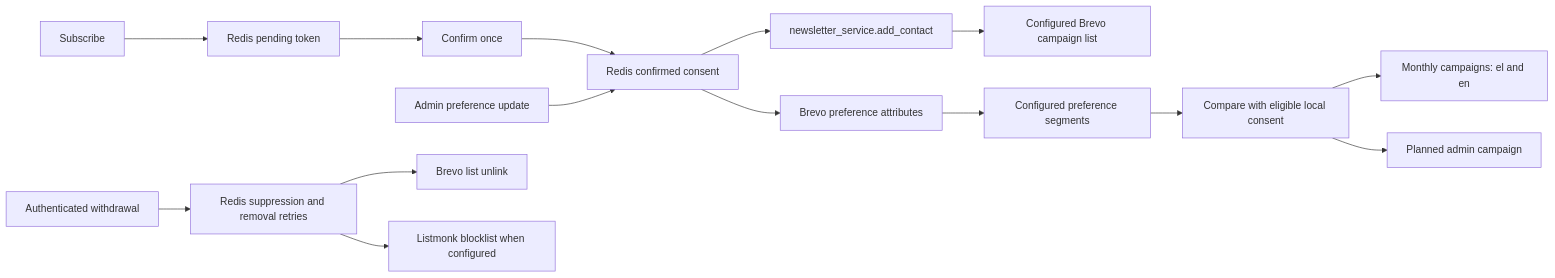
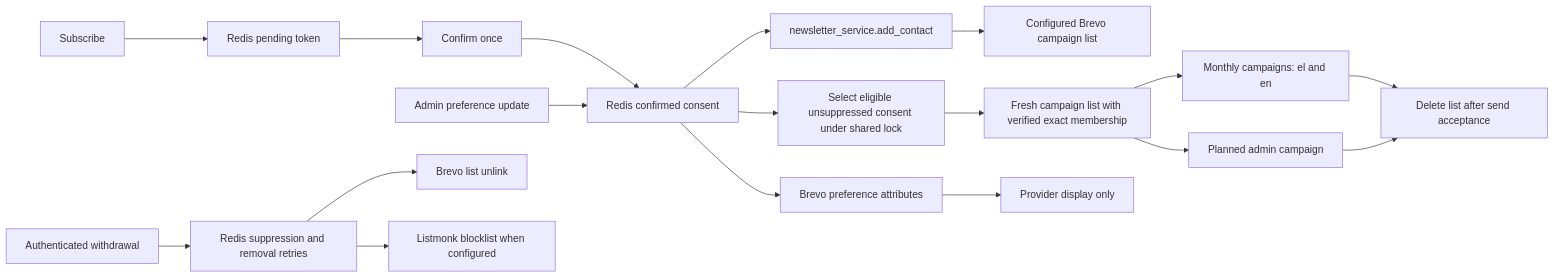
One commit to NeaBouli/pnyx changed the diagram in docs/operations/NEWSLETTER_SOURCE_OF_TRUTH.md. Above: the diagram before and after it, drawn with Mermaid. The commit also changed other lines of this file and 16 other files, not shown here.

Commit message:
fix(newsletter): send each campaign to a temporary list built from the consent store under the lock

````diff
--- a/docs/operations/NEWSLETTER_SOURCE_OF_TRUTH.md
+++ b/docs/operations/NEWSLETTER_SOURCE_OF_TRUTH.md
@@ -58,17 +58,20 @@
 ```mermaid
 flowchart LR
     Subscribe[Subscribe] --> Pending[Redis pending token]
     Pending --> Confirm[Confirm once]
     Confirm --> Consent[Redis confirmed consent]
     Consent --> Add[newsletter_service.add_contact]
     Add --> Brevo[Configured Brevo campaign list]
     Preferences[Admin preference update] --> Consent
     Consent --> Attributes[Brevo preference attributes]
-    Attributes --> Segments[Configured preference segments]
-    Segments --> Gate[Compare with eligible local consent]
-    Gate --> Monthly[Monthly campaigns: el and en]
-    Gate --> Admin[Planned admin campaign]
+    Consent --> Gate[Select eligible unsuppressed consent under shared lock]
+    Gate --> Temporary[Fresh campaign list with verified exact membership]
+    Temporary --> Monthly[Monthly campaigns: el and en]
+    Temporary --> Admin[Planned admin campaign]
+    Monthly --> Cleanup[Delete list after send acceptance]
+    Admin --> Cleanup
+    Attributes --> Display[Provider display only]
     Withdraw[Authenticated withdrawal] --> Suppression[Redis suppression and removal retries]
     Suppression --> Unlink[Brevo list unlink]
     Suppression --> Blocklist[Listmonk blocklist when configured]
 ```
````
